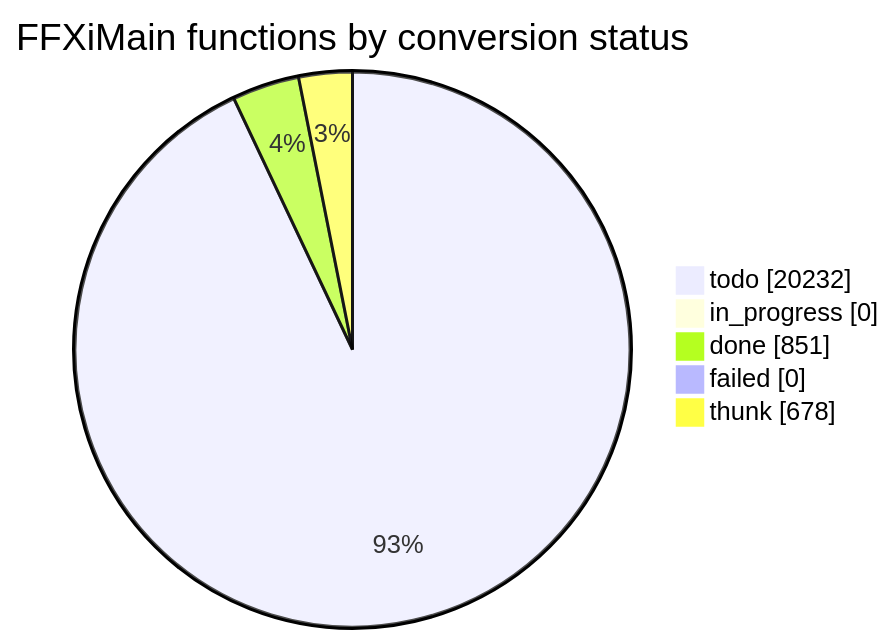
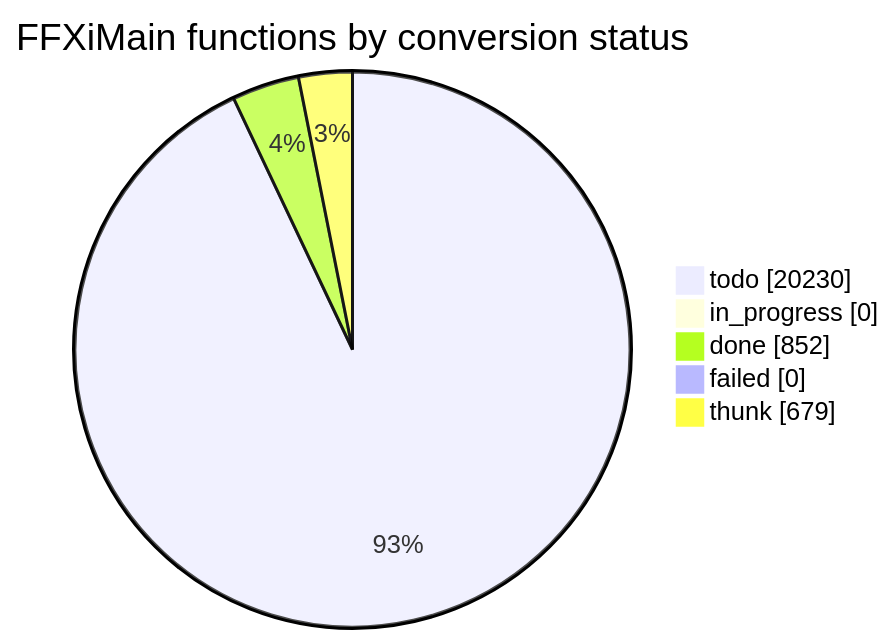
The diagram in docs/cow/STATUS.md (cowrevenge/cow_kuluu_xi_anything), drawn with Mermaid before and after one commit. The commit also changed other lines of this file and 9 other files, not shown here.

````diff
--- a/docs/cow/STATUS.md
+++ b/docs/cow/STATUS.md
@@ -18,9 +18,9 @@
 ```mermaid
 pie showData
     title FFXiMain functions by conversion status
-    "todo" : 20232
+    "todo" : 20230
     "in_progress" : 0
-    "done" : 851
+    "done" : 852
     "failed" : 0
-    "thunk" : 678
+    "thunk" : 679
 ```
````
